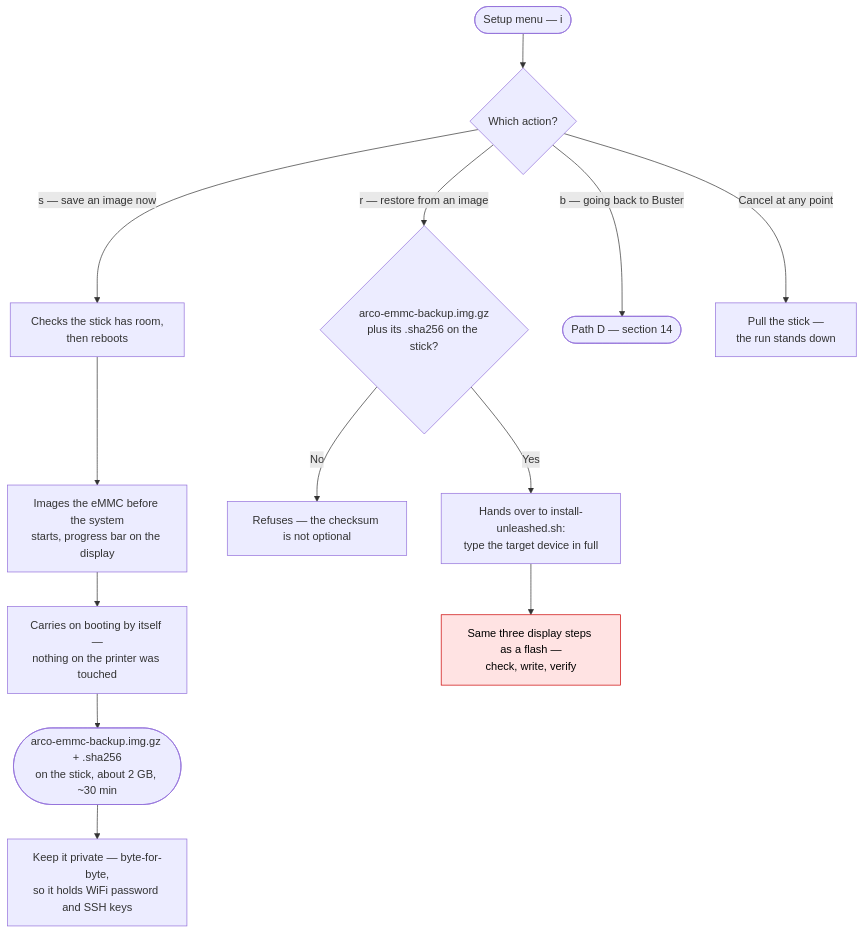
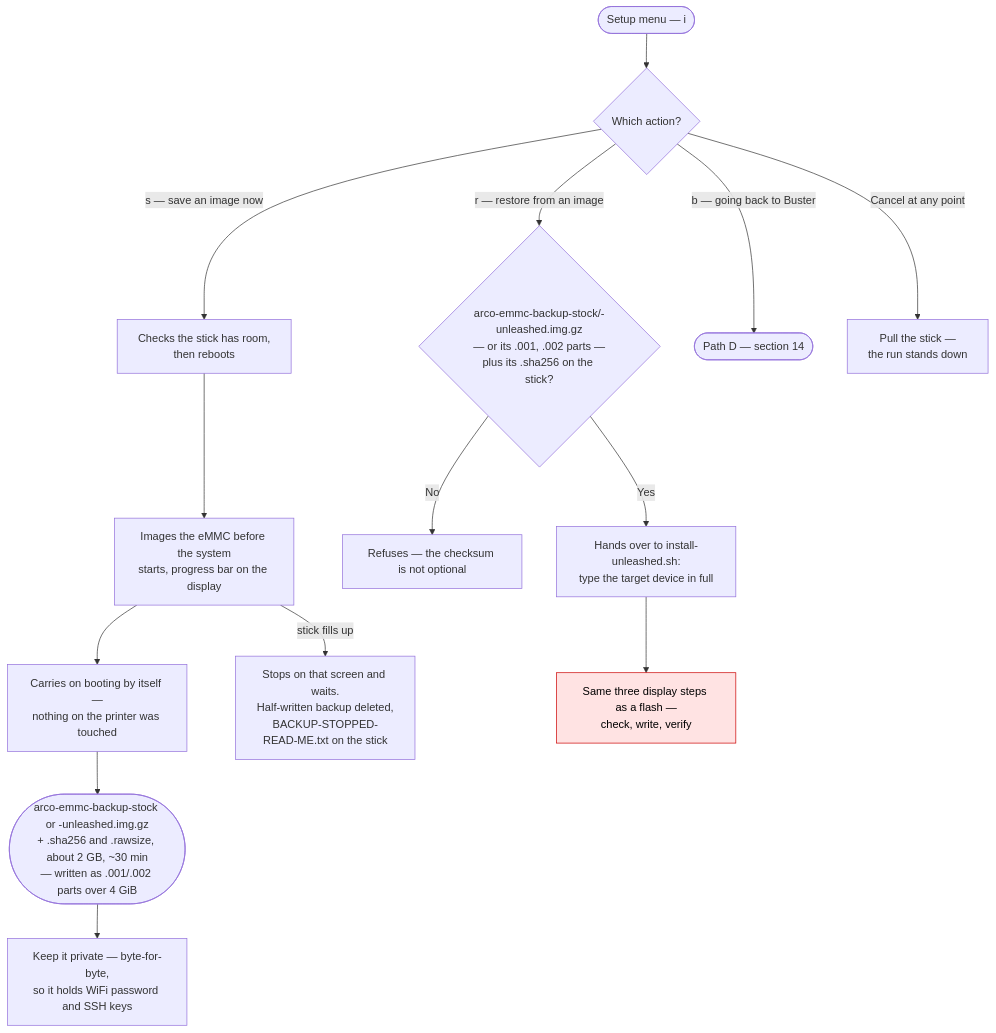
Before and after one commit to solutionphil/arco-unleashed: diagram 13 of 16 in INSTALL-FLOWCHARTS.md, drawn with Mermaid. The commit also changed other lines of this file and 7 other files, not shown here.

````diff
--- a/INSTALL-FLOWCHARTS.md
+++ b/INSTALL-FLOWCHARTS.md
@@ -446,22 +448,23 @@
 ```mermaid
 flowchart TD
     I(["Setup menu — i"]) --> Q{"Which action?"}
 
     Q -->|"s — save an image now"| S1["Checks the stick has room,<br/>then reboots"]
     S1 --> S2["Images the eMMC before the system<br/>starts, progress bar on the display"]
     S2 --> S3["Carries on booting by itself —<br/>nothing on the printer was touched"]
-    S3 --> S4(["arco-emmc-backup.img.gz + .sha256<br/>on the stick, about 2 GB, ~30 min"])
+    S2 -->|"stick fills up"| SX["Stops on that screen and waits.<br/>Half-written backup deleted,<br/>BACKUP-STOPPED-READ-ME.txt on the stick"]
+    S3 --> S4(["arco-emmc-backup-stock or -unleashed.img.gz<br/>+ .sha256 and .rawsize, about 2 GB, ~30 min<br/>— written as .001/.002 parts over 4 GiB"])
     S4 --> S5["Keep it private — byte-for-byte,<br/>so it holds WiFi password and SSH keys"]
 
-    Q -->|"r — restore from an image"| R1{"arco-emmc-backup.img.gz<br/>plus its .sha256 on the stick?"}
+    Q -->|"r — restore from an image"| R1{"arco-emmc-backup-stock/-unleashed.img.gz<br/>— or its .001, .002 parts —<br/>plus its .sha256 on the stick?"}
     R1 -->|"No"| RX["Refuses — the checksum is not optional"]
     R1 -->|"Yes"| R2["Hands over to install-unleashed.sh:<br/>type the target device in full"]
     R2 --> R3["Same three display steps as a flash —<br/>check, write, verify"]
 
     Q -->|"b — going back to Buster"| D(["Path D — section 14"])
 
     Q -->|"Cancel at any point"| C["Pull the stick —<br/>the run stands down"]
 
     classDef danger fill:#ffe3e3,stroke:#cc0000,color:#000
     class R3 danger
 ```
````
